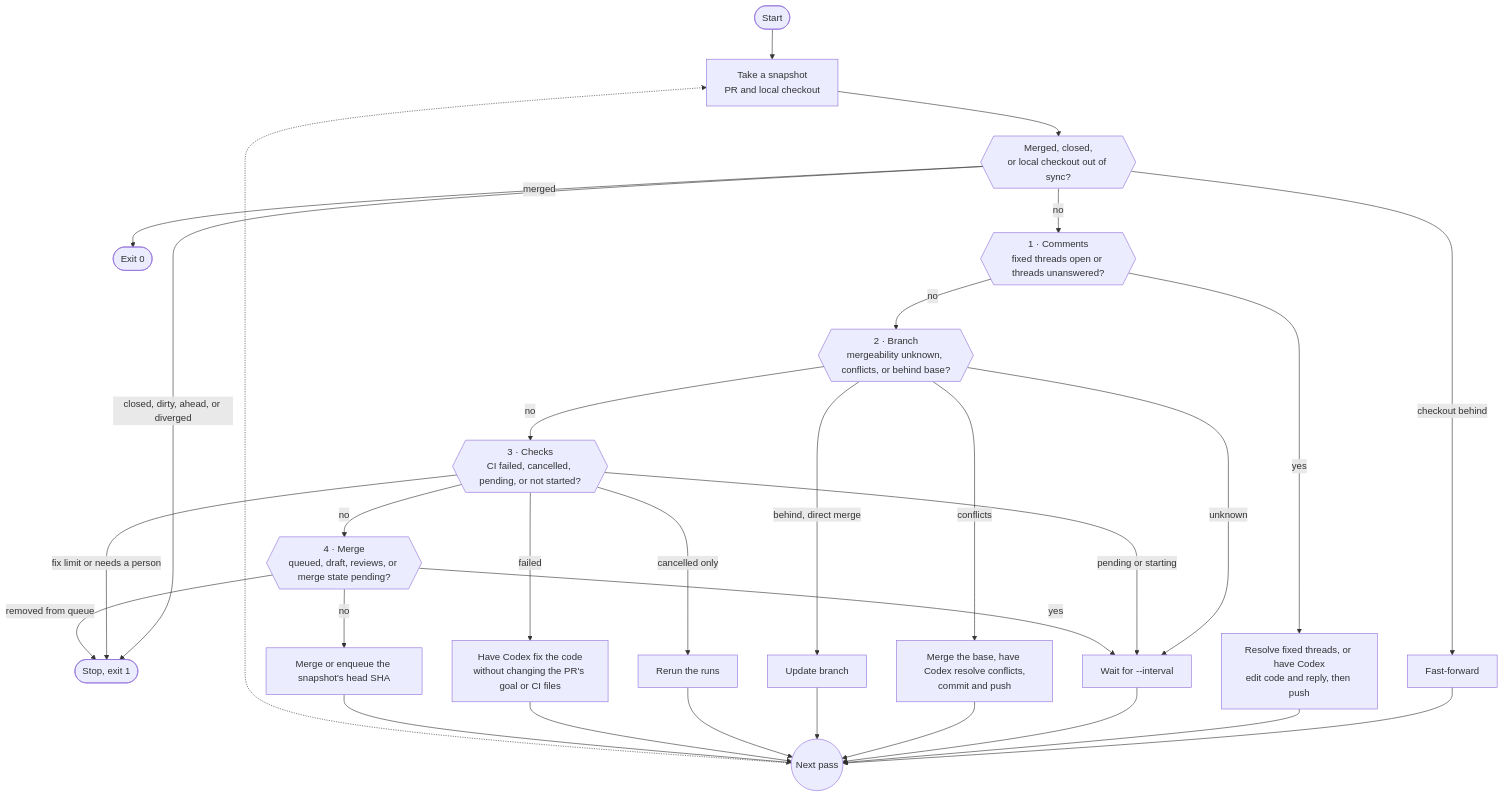
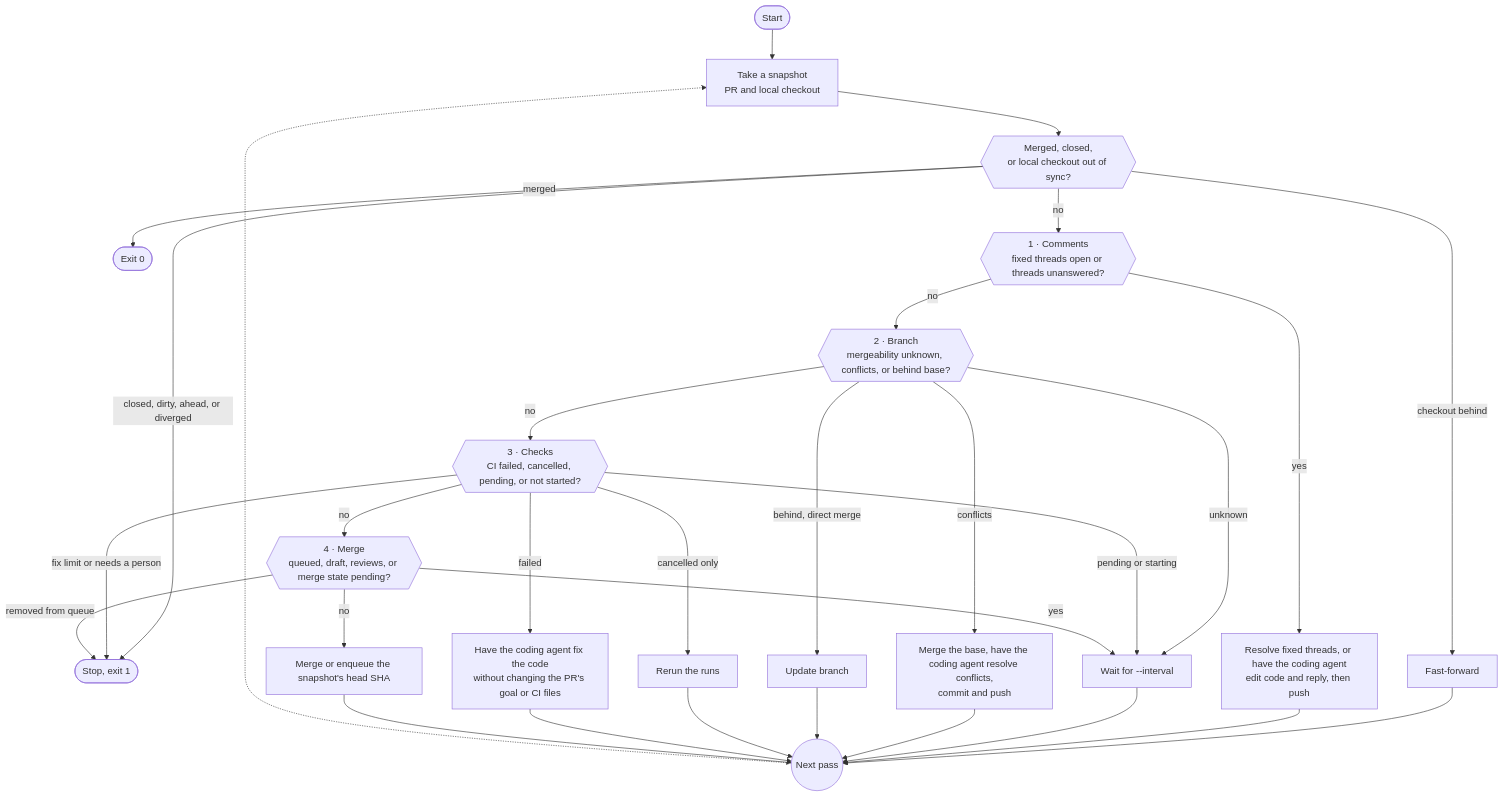
Before and after one commit to vikrrantshah/baby-sitter: the diagram in docs/how-it-works.md, drawn with Mermaid. The commit also changed other lines of this file and 2 other files, not shown here.

Commit message:
docs: coding agents, the sandbox, and how output is read

````diff
--- a/docs/how-it-works.md
+++ b/docs/how-it-works.md
@@ -17,24 +17,24 @@
 ```mermaid
 flowchart TD
   START([Start]) --> SNAP["Take a snapshot<br/>PR and local checkout"]
   SNAP --> PRE{{"Merged, closed,<br/>or local checkout out of sync?"}}
   PRE -- merged --> DONE([Exit 0])
   PRE -- "closed, dirty, ahead, or diverged" --> STOP([Stop, exit 1])
   PRE -- "checkout behind" --> FF["Fast-forward"] --> NEXT
   PRE -- no --> C{{"1 · Comments<br/>fixed threads open or threads unanswered?"}}
-  C -- yes --> CA["Resolve fixed threads, or have Codex<br/>edit code and reply, then push"] --> NEXT
+  C -- yes --> CA["Resolve fixed threads, or have the coding agent<br/>edit code and reply, then push"] --> NEXT
   C -- no --> B{{"2 · Branch<br/>mergeability unknown, conflicts, or behind base?"}}
   B -- unknown --> WAIT["Wait for --interval"] --> NEXT
-  B -- conflicts --> BC["Merge the base, have Codex resolve conflicts,<br/>commit and push"] --> NEXT
+  B -- conflicts --> BC["Merge the base, have the coding agent resolve conflicts,<br/>commit and push"] --> NEXT
   B -- "behind, direct merge" --> BU["Update branch"] --> NEXT
   B -- no --> K{{"3 · Checks<br/>CI failed, cancelled, pending, or not started?"}}
   K -- "cancelled only" --> KR["Rerun the runs"] --> NEXT
-  K -- failed --> KF["Have Codex fix the code<br/>without changing the PR's goal or CI files"] --> NEXT
+  K -- failed --> KF["Have the coding agent fix the code<br/>without changing the PR's goal or CI files"] --> NEXT
   K -- "pending or starting" --> WAIT
   K -- "fix limit or needs a person" --> STOP
   K -- no --> M{{"4 · Merge<br/>queued, draft, reviews, or merge state pending?"}}
   M -- yes --> WAIT
   M -- "removed from queue" --> STOP
   M -- no --> MERGE["Merge or enqueue the snapshot's head SHA"] --> NEXT
   NEXT(("Next pass")) -.-> SNAP
 ```
````
